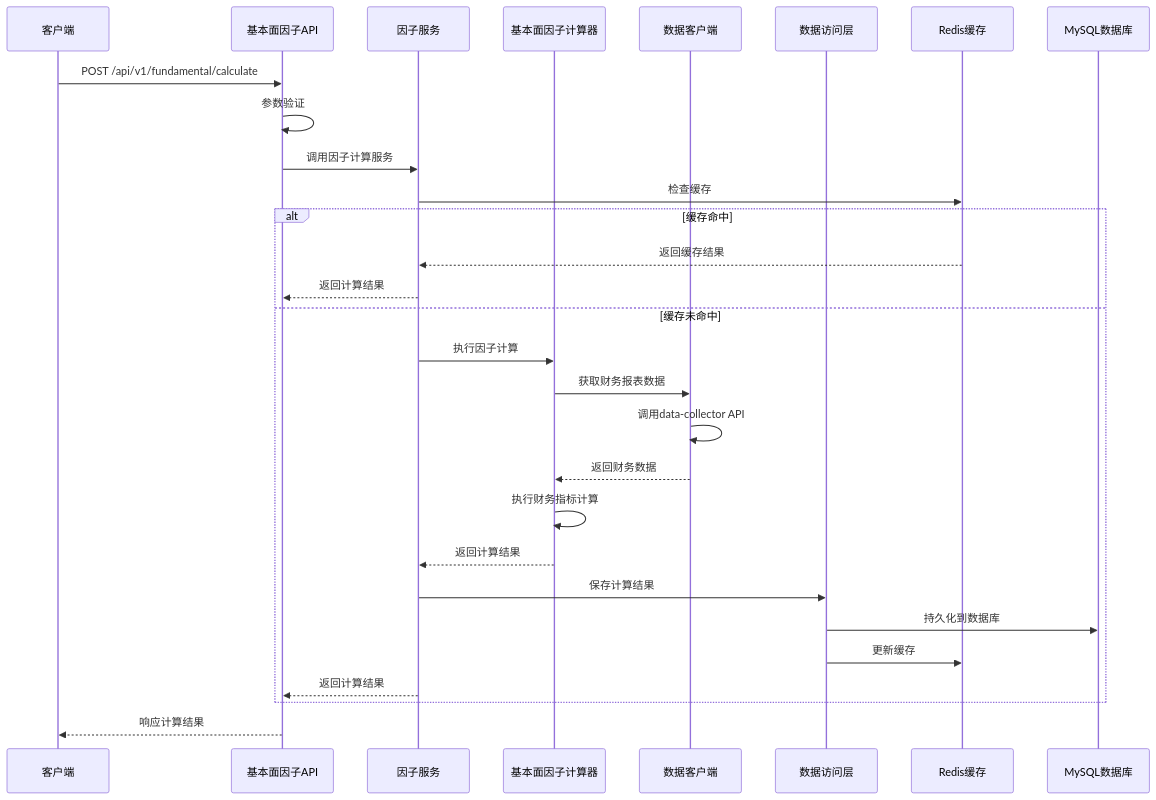
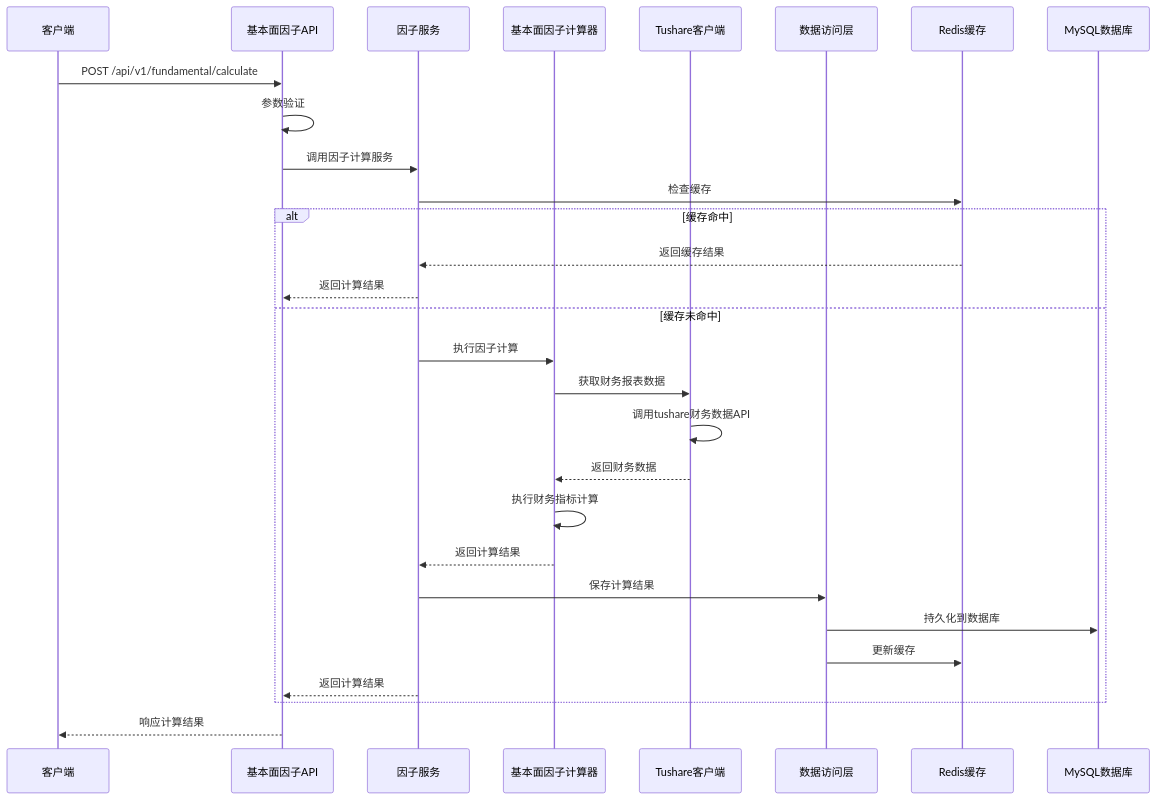
Before and after one commit to Casper-Mars/qtrade: the second of 5 diagrams in docs/iteration-2-factor-engine/tasks.md, drawn with Mermaid. The commit also changed other lines of this file and 18 other files, not shown here.

````diff
--- a/docs/iteration-2-factor-engine/tasks.md
+++ b/docs/iteration-2-factor-engine/tasks.md
@@ -126,36 +145,36 @@
     ```mermaid
     sequenceDiagram
         participant Client as 客户端
         participant API as 基本面因子API
         participant Service as 因子服务
         participant Calculator as 基本面因子计算器
-        participant DataClient as 数据客户端
+        participant TushareClient as Tushare客户端
         participant DAO as 数据访问层
         participant Cache as Redis缓存
         participant DB as MySQL数据库
         
         Client->>API: POST /api/v1/fundamental/calculate
         API->>API: 参数验证
         API->>Service: 调用因子计算服务
         
         Service->>Cache: 检查缓存
         alt 缓存命中
             Cache-->>Service: 返回缓存结果
             Service-->>API: 返回计算结果
         else 缓存未命中
             Service->>Calculator: 执行因子计算
-            Calculator->>DataClient: 获取财务报表数据
-            DataClient->>DataClient: 调用data-collector API
-            DataClient-->>Calculator: 返回财务数据
+            Calculator->>TushareClient: 获取财务报表数据
+            TushareClient->>TushareClient: 调用tushare财务数据API
+            TushareClient-->>Calculator: 返回财务数据
             Calculator->>Calculator: 执行财务指标计算
             Calculator-->>Service: 返回计算结果
             
             Service->>DAO: 保存计算结果
             DAO->>DB: 持久化到数据库
             DAO->>Cache: 更新缓存
             
             Service-->>API: 返回计算结果
         end
         
         API-->>Client: 响应计算结果
     ```
````
